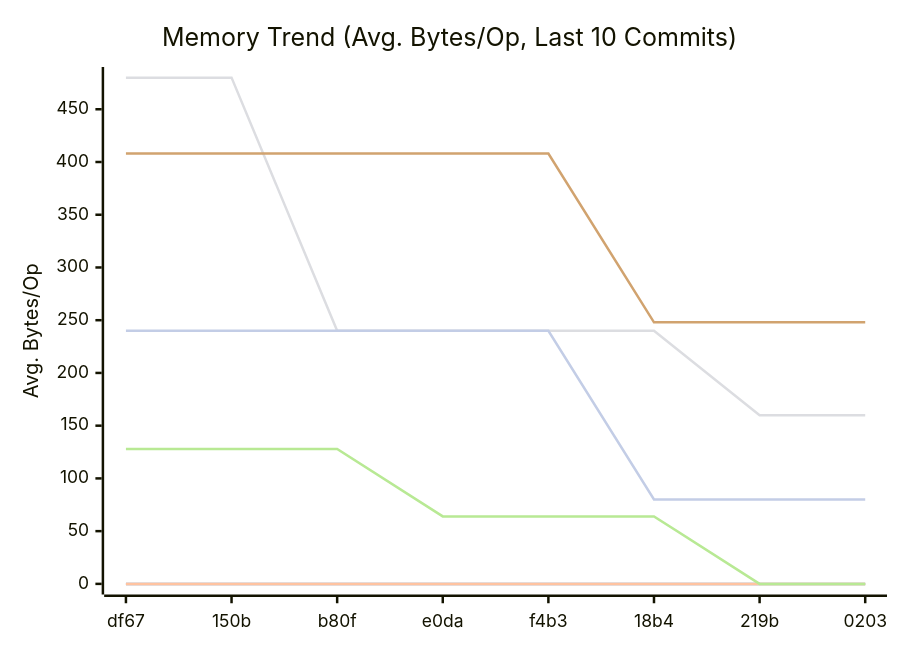
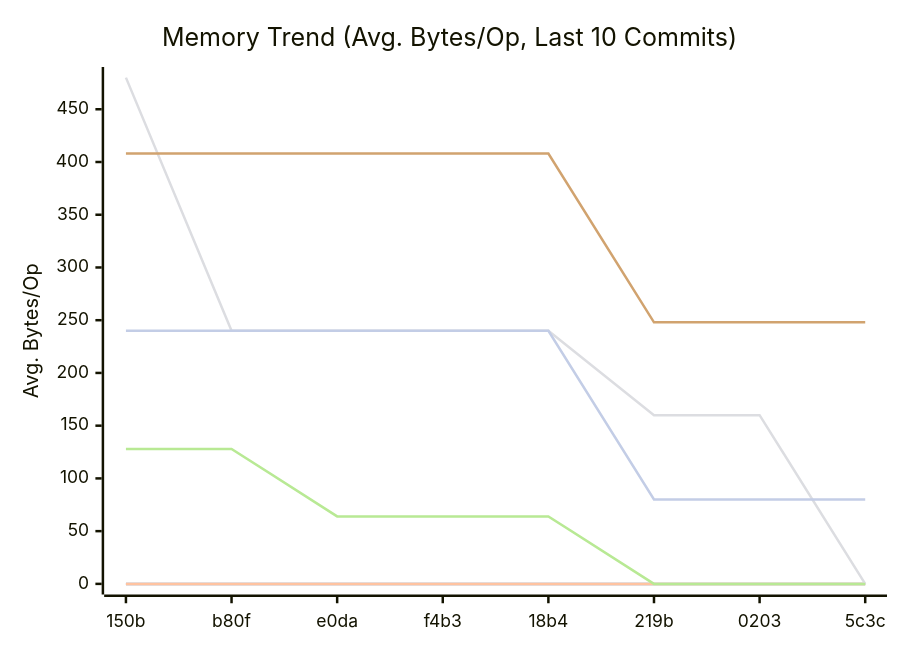
The second of 3 diagrams in docs/README.md (alsotoes/momo), drawn with Mermaid before and after one commit. The commit also changed other lines of this file and 1 other file, not shown here.

````diff
--- a/docs/README.md
+++ b/docs/README.md
@@ -202,14 +202,14 @@
 ```mermaid
 xychart-beta
     title "Memory Trend (Avg. Bytes/Op, Last 10 Commits)"
     x-axis "Commit"
     y-axis "Avg. Bytes/Op"
-    x-axis [df67,150b,b80f,e0da,f4b3,18b4,219b,0203]
+    x-axis [150b,b80f,e0da,f4b3,18b4,219b,0203,5c3c]
     line "CheckMetricsAndSwap" [0,0,0,0,0,0,0,0,0,0]
     line "IndexDirectTracking" [0,0,0,0,0,0,0,0,0,0]
     line "IndexSearch" [0,0,0,0,0,0,0,0,0,0]
-    line "LoadGlobalConfig" [480,480,240,240,240,240,160,160,0,0]
-    line "PadString" [128,128,128,64,64,64,0,0,0,0]
+    line "LoadGlobalConfig" [480,240,240,240,240,160,160,0,0,0]
+    line "PadString" [128,128,64,64,64,0,0,0,0,0]
     line "ParseReplicationOrder_NoPrealloc" [408,408,408,408,408,248,248,248,248,248]
     line "ParseReplicationOrder_Prealloc" [240,240,240,240,240,80,80,80,80,80]
 ```
````
